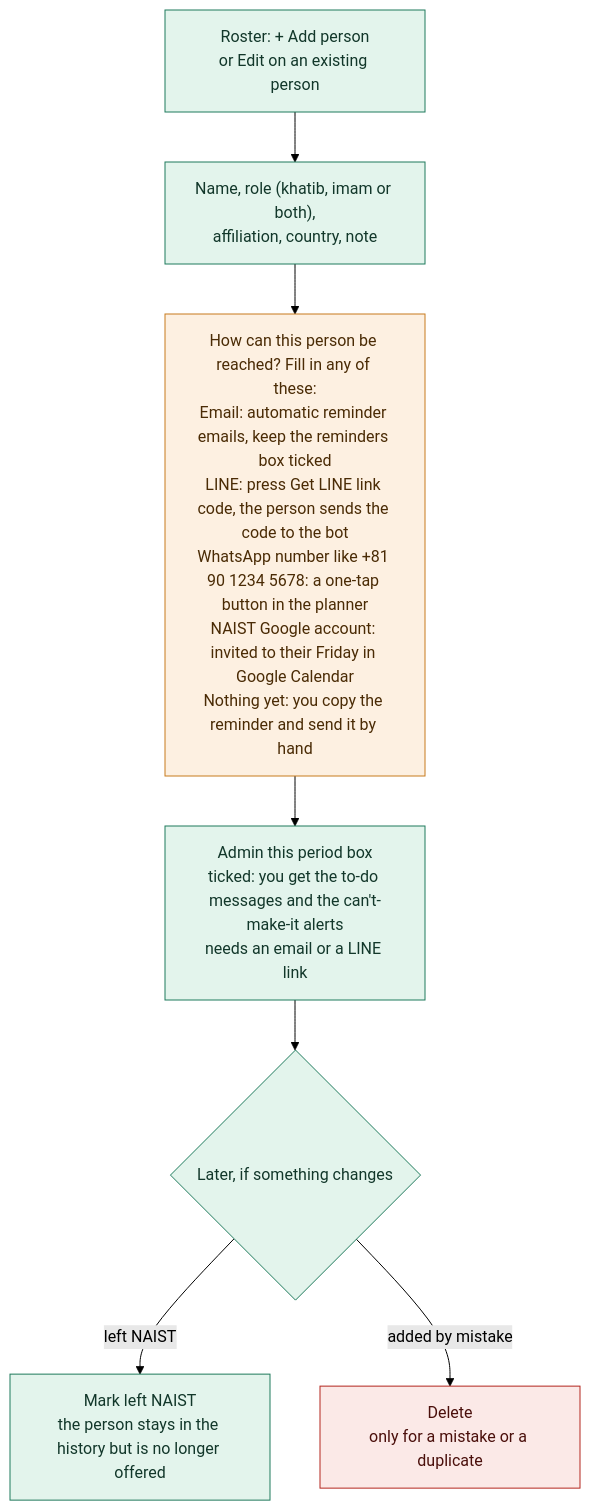
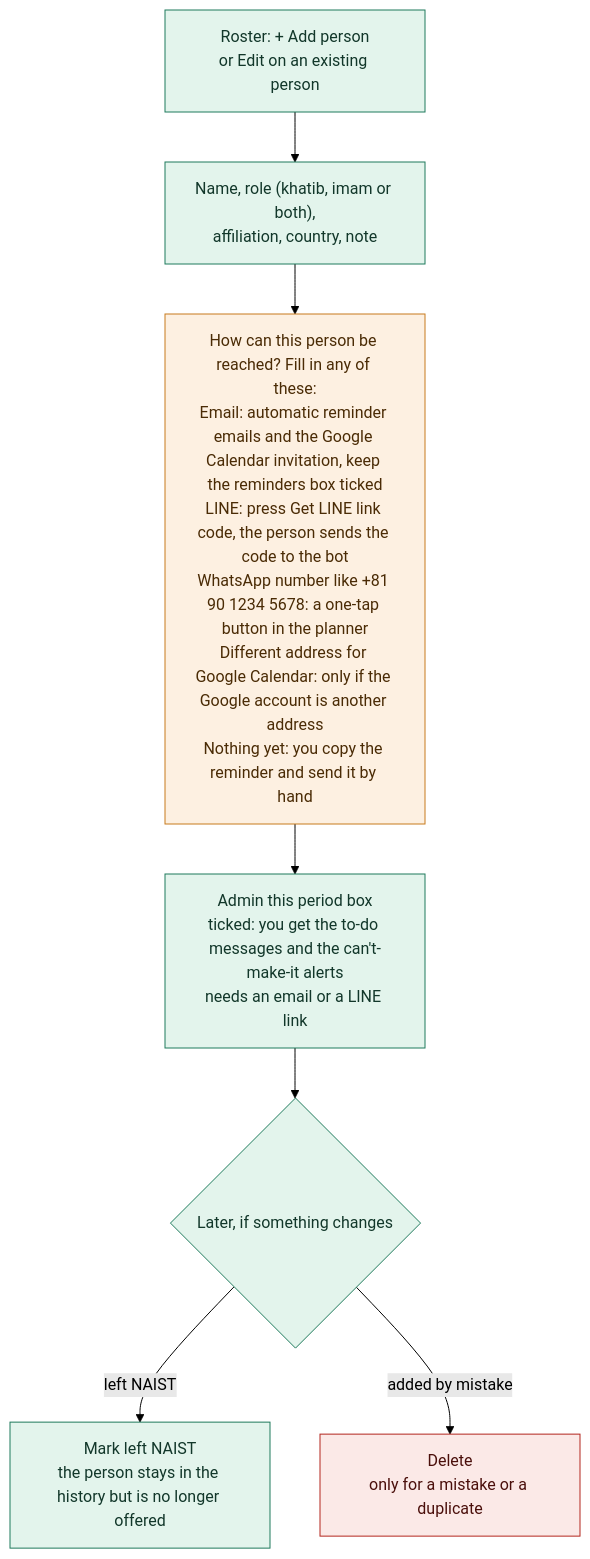
One commit to mushaffarasyidridha/Jumat-Scheduler-NAIST changed the diagram in public/flows/admin-roster.mmd. Above: the diagram before and after it, drawn with Mermaid (forest theme). The commit also changed 9 other files, not shown here.

First line of the commit message:
Invitations go to the roster Email; a separate Google address is optional

```diff
--- a/public/flows/admin-roster.mmd
+++ b/public/flows/admin-roster.mmd
@@ -1,14 +1,14 @@
 flowchart TD
   A["Roster: + Add person<br/>or Edit on an existing person"] --> B["Name, role (khatib, imam or both),<br/>affiliation, country, note"]
-  B --> C["How can this person be reached? Fill in any of these:<br/>Email: automatic reminder emails, keep the reminders box ticked<br/>LINE: press Get LINE link code, the person sends the code to the bot<br/>WhatsApp number like +81 90 1234 5678: a one-tap button in the planner<br/>NAIST Google account: invited to their Friday in Google Calendar<br/>Nothing yet: you copy the reminder and send it by hand"]
+  B --> C["How can this person be reached? Fill in any of these:<br/>Email: automatic reminder emails and the Google Calendar invitation, keep the reminders box ticked<br/>LINE: press Get LINE link code, the person sends the code to the bot<br/>WhatsApp number like +81 90 1234 5678: a one-tap button in the planner<br/>Different address for Google Calendar: only if the Google account is another address<br/>Nothing yet: you copy the reminder and send it by hand"]
   C --> D["Admin this period box<br/>ticked: you get the to-do messages and the can't-make-it alerts<br/>needs an email or a LINE link"]
   D --> G{"Later, if something changes"}
   G -->|"left NAIST"| E["Mark left NAIST<br/>the person stays in the history but is no longer offered"]
   G -->|"added by mistake"| F["Delete<br/>only for a mistake or a duplicate"]
 
   classDef admin fill:#e3f4ec,stroke:#1f7a5c,color:#12372a
   classDef out fill:#fdf0e1,stroke:#c77b1c,color:#4a2b05
   classDef warn fill:#fbe9e7,stroke:#b3261e,color:#4a0f0b
   class A,B,D,E,G admin
   class C out
   class F warn
```
